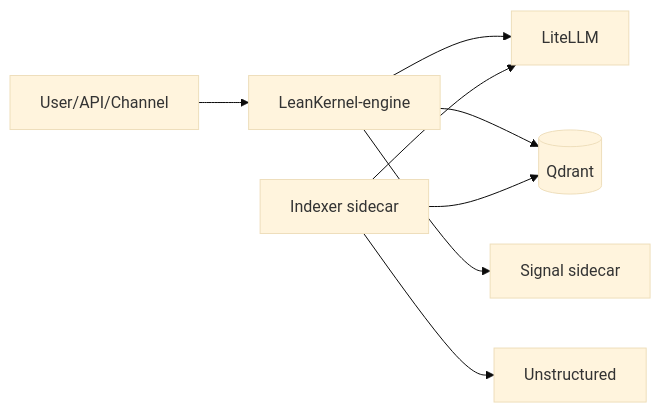
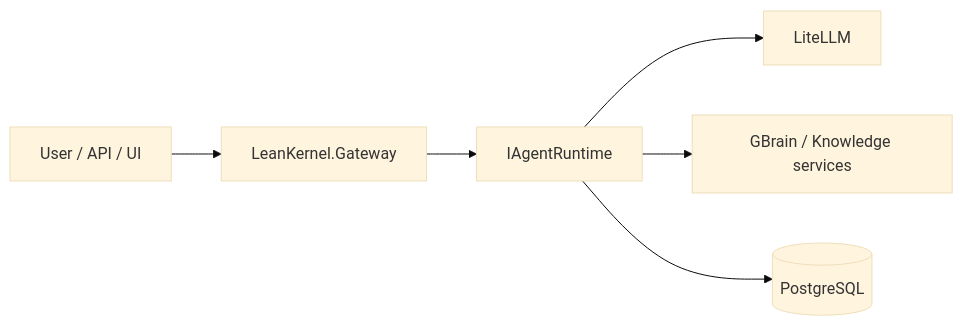
One commit to achingono/leankernel changed the diagram in docs/index.md. Above: the diagram before and after it, drawn with Mermaid (base theme). The commit also changed other lines of this file and 56 other files, not shown here.

````diff
--- a/docs/index.md
+++ b/docs/index.md
@@ -19,10 +19,8 @@
 ```mermaid
 flowchart LR
-    User[User/API/Channel] --> Engine[LeanKernel-engine]
-    Engine --> LiteLLM[LiteLLM]
-    Engine --> Qdrant[(Qdrant)]
-    Engine --> Signal[Signal sidecar]
-    Indexer[Indexer sidecar] --> LiteLLM
-    Indexer --> Qdrant
-    Indexer --> Unstructured[Unstructured]
+    User[User / API / UI] --> Gateway[LeanKernel.Gateway]
+    Gateway --> Runtime[IAgentRuntime]
+    Runtime --> LiteLLM[LiteLLM]
+    Runtime --> Knowledge[GBrain / Knowledge services]
+    Runtime --> Persistence[(PostgreSQL)]
 ```
````
